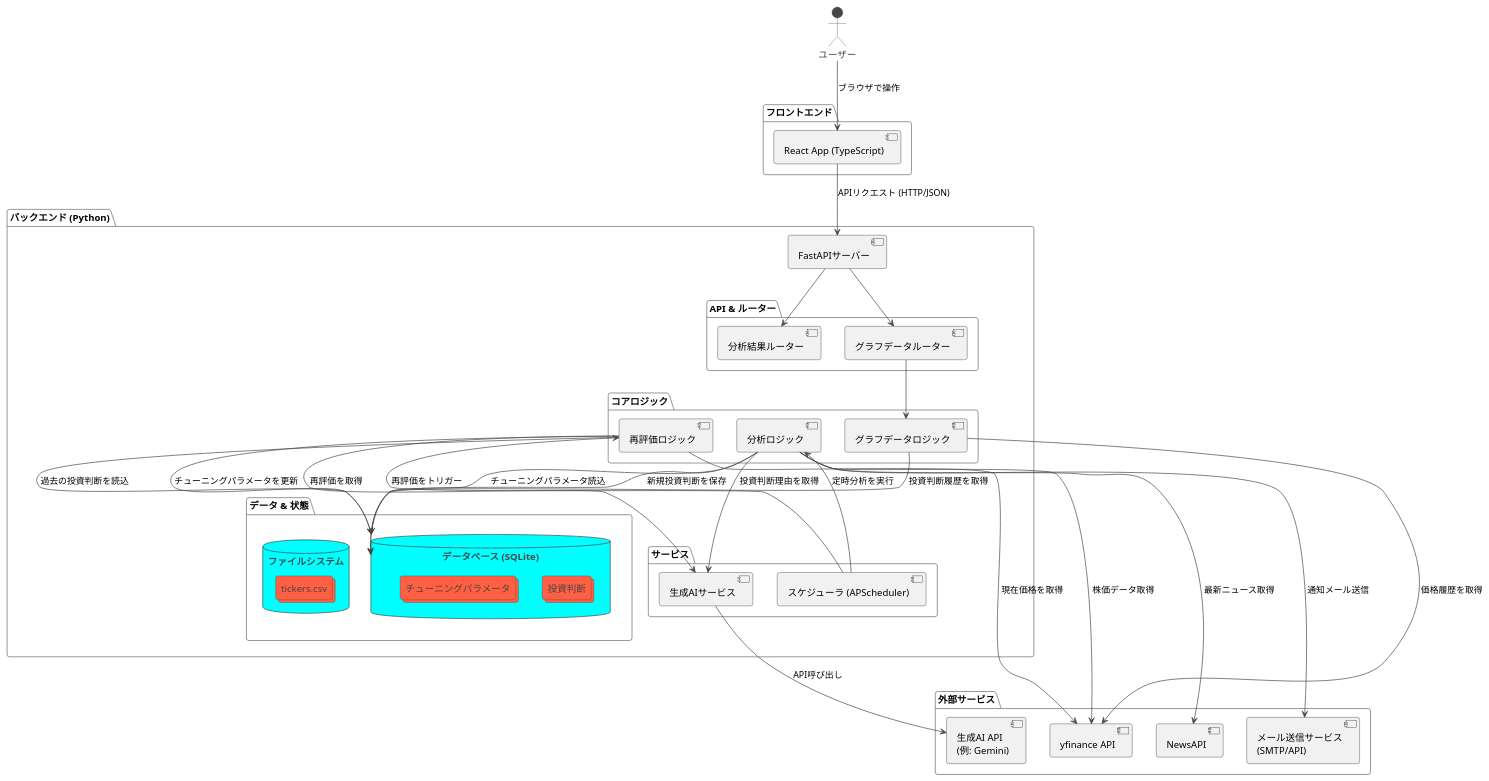
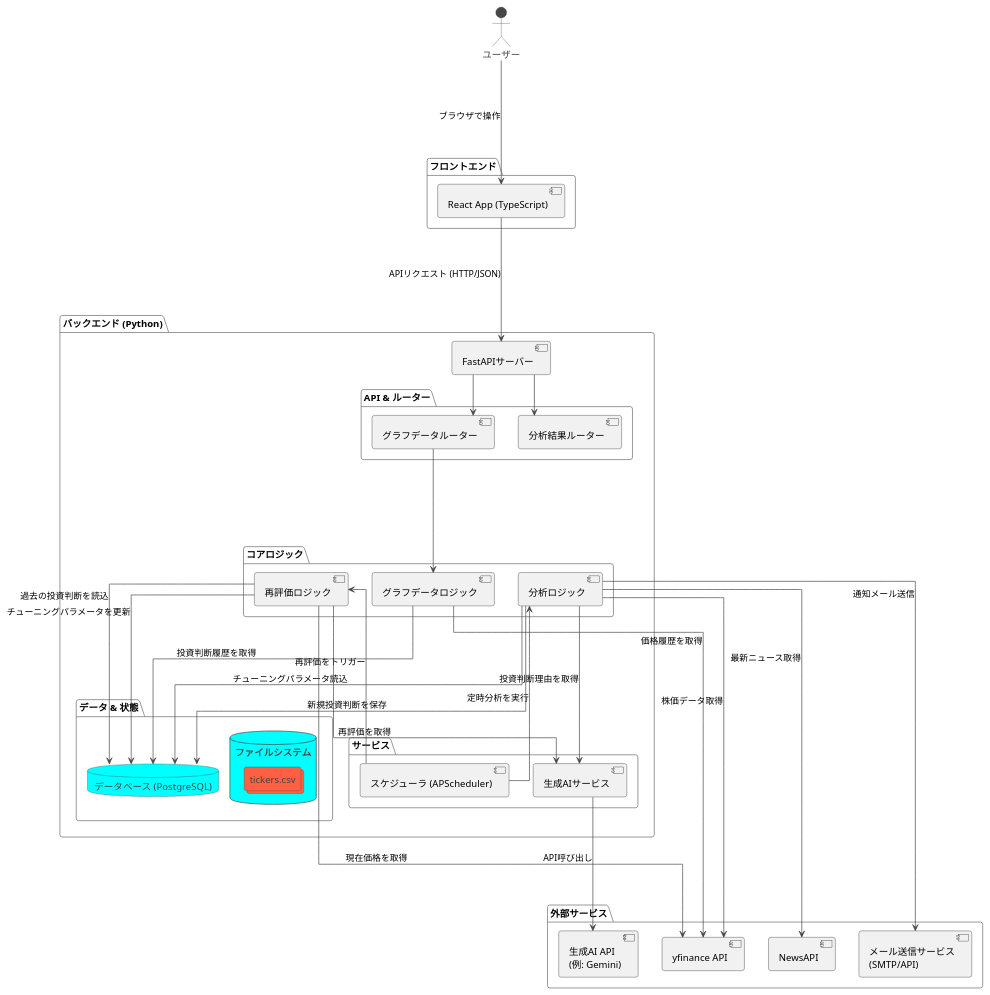
The first of 4 diagrams in docs/Architect.md (fukaor/KashaNeko_invest), drawn with PlantUML before and after one commit. The commit also changed 6 other files, not shown here.

````diff
--- a/docs/Architect.md
+++ b/docs/Architect.md
@@ -9,77 +9,74 @@
 ```plantuml
 @startuml
 !theme vibrant
-
+skinparam linetype ortho
 actor ユーザー
 
 package "フロントエンド" {
   component "React App (TypeScript)" as Frontend
 }
 
 package "バックエンド (Python)" {
   component "FastAPIサーバー" as FastAPI
 
   package "API & ルーター" {
     component "分析結果ルーター" as ResultRouter
     component "グラフデータルーター" as GraphRouter
   }
 
   package "コアロジック" {
     component "分析ロジック" as AnalysisLogic
     component "再評価ロジック" as ReEvalLogic
     component "グラフデータロジック" as ChartLogic
   }
 
   package "サービス" {
     component "生成AIサービス" as AIService
     component "スケジューラ (APScheduler)" as Scheduler
   }
 
   package "データ & 状態" {
-    database "データベース (SQLite)" as DB {
-      collections "投資判断" as Judgements
-      collections "チューニングパラメータ" as Params
-    }
+    database "データベース (PostgreSQL)" as DB
     database "ファイルシステム" as FS {
       collections "tickers.csv"
     }
   }
 }
 
 package "外部サービス" {
   component "yfinance API" as YFinance
   component "NewsAPI" as NewsAPI
   component "生成AI API\n(例: Gemini)" as GenAI
   component "メール送信サービス\n(SMTP/API)" as MailService
 }
 
 ' --- 接続 ---
-ユーザー --> Frontend: ブラウザで操作
-Frontend --> FastAPI: APIリクエスト (HTTP/JSON)
+ユーザー ----> Frontend: ブラウザで操作
+Frontend ----> FastAPI: APIリクエスト (HTTP/JSON)
 
 FastAPI --> ResultRouter
 FastAPI --> GraphRouter
 
-Scheduler --> AnalysisLogic: 定時分析を実行
-Scheduler --> ReEvalLogic: 再評価をトリガー
+Scheduler ----> AnalysisLogic: 定時分析を実行
+Scheduler ----> ReEvalLogic: 再評価をトリガー
 
-AnalysisLogic --> YFinance: 株価データ取得
-AnalysisLogic --> NewsAPI: 最新ニュース取得
-AnalysisLogic --> MailService: 通知メール送信
-AnalysisLogic --> DB: チューニングパラメータ読込
-AnalysisLogic --> AIService: 投資判断理由を取得
-AnalysisLogic --> DB: 新規投資判断を保存
+AnalysisLogic ----> YFinance: 株価データ取得
+AnalysisLogic ----> NewsAPI: 最新ニュース取得
+AnalysisLogic ----> MailService: 通知メール送信
+AnalysisLogic ----> DB: チューニングパラメータ読込
+AnalysisLogic ----> AIService: 投資判断理由を取得
+AnalysisLogic ----> DB: 新規投資判断を保存
 
-GraphRouter --> ChartLogic
-ChartLogic --> YFinance: 価格履歴を取得
-ChartLogic --> DB: 投資判断履歴を取得
+GraphRouter ----> ChartLogic
+ChartLogic ----> YFinance: 価格履歴を取得
+ChartLogic ----> DB: 投資判断履歴を取得
 
-ReEvalLogic --> DB: 過去の投資判断を読込
-ReEvalLogic --> YFinance: 現在価格を取得
-ReEvalLogic --> AIService: 再評価を取得
-ReEvalLogic --> DB: チューニングパラメータを更新
+ReEvalLogic ----> DB: 過去の投資判断を読込
+ReEvalLogic ----> YFinance: 現在価格を取得
+ReEvalLogic ----> AIService: 再評価を取得
+ReEvalLogic ----> DB: チューニングパラメータを更新
 
-AIService --> GenAI: API呼び出し
+AIService ----> GenAI: API呼び出し
 
 @enduml
 ```
````
